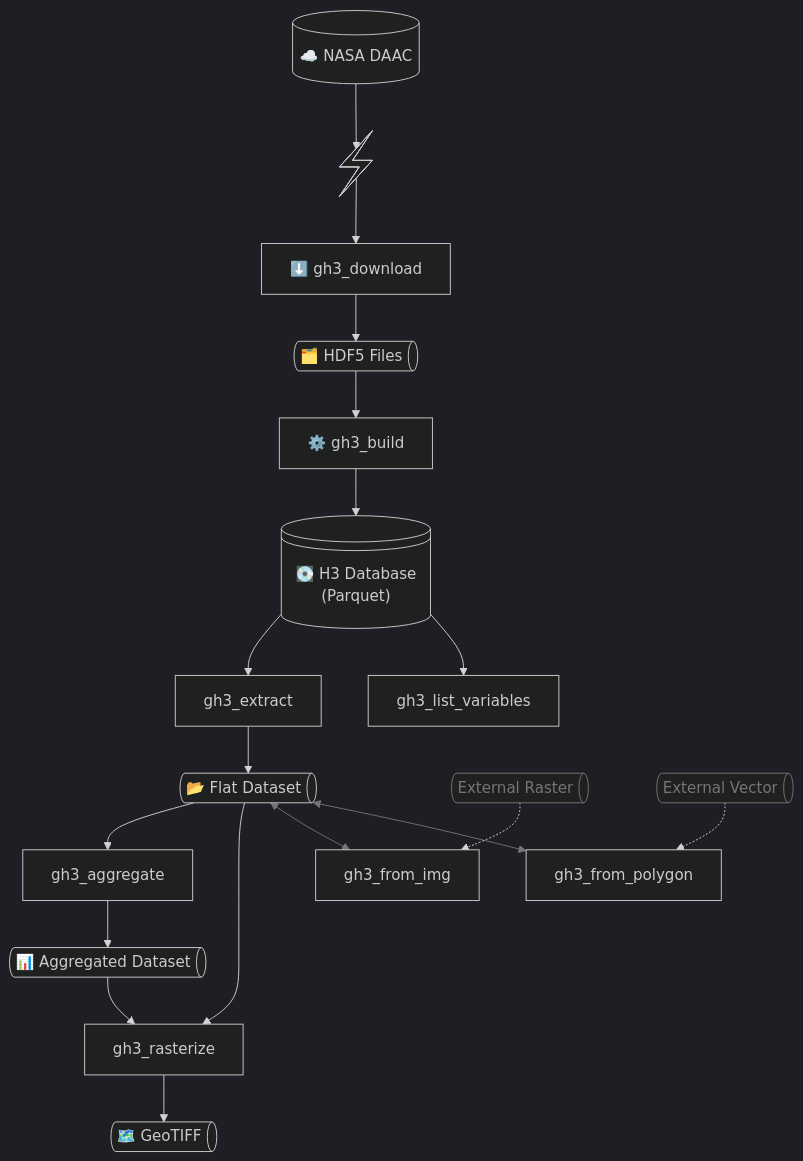
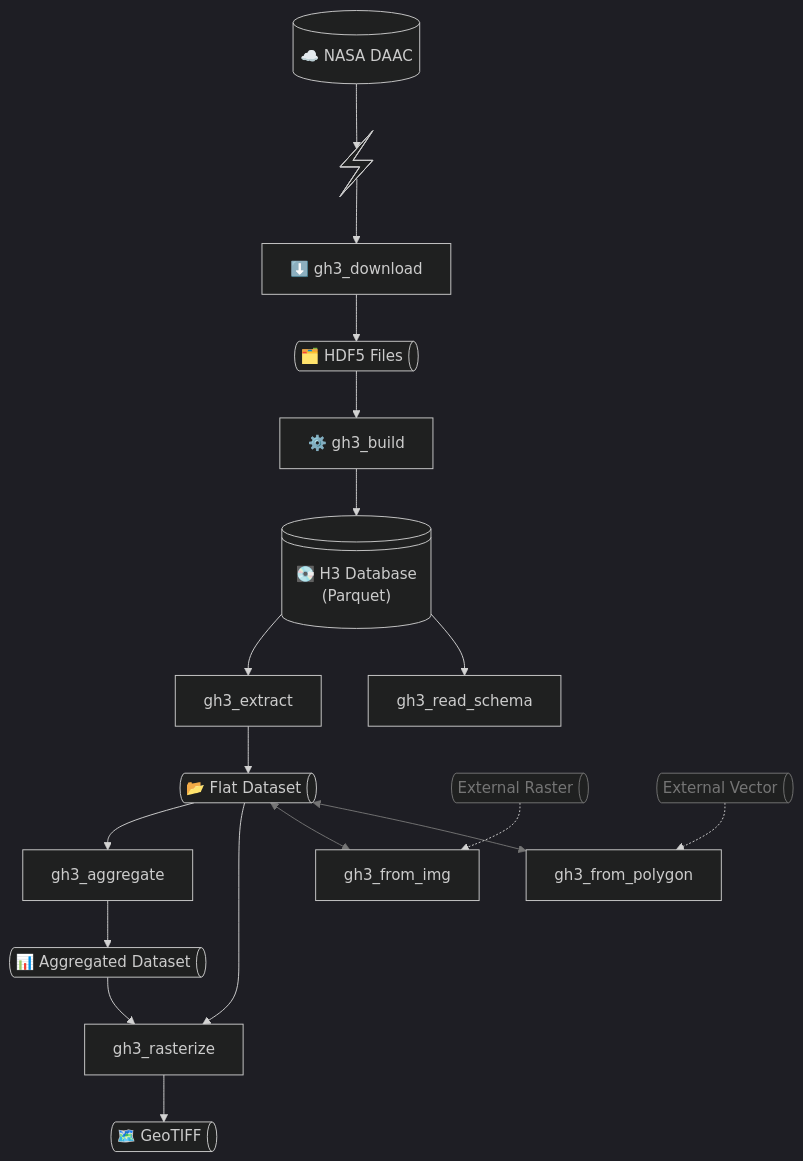
The diagram in README.md (tiagodc/GEDI-H3), drawn with Mermaid before and after one commit. The commit also changed other lines of this file and 9 other files, not shown here.

````diff
--- a/README.md
+++ b/README.md
@@ -216,36 +215,36 @@
 ```mermaid
 ---
 config:
   theme: dark
   layout: dagre
 ---
 flowchart TB
     n1["☁️ NASA DAAC"] --> n2["🌐 earthaccess"]
     n2 --> n17["⬇️ gh3_download"]
     n17 --> n4["🗂️ HDF5 Files"]
     n4 --> C["⚙️ gh3_build"]
     C --> n3["💽 H3 Database\n(Parquet)"]
-    n3 --> D["gh3_extract"] & n10["gh3_list_variables"]
+    n3 --> D["gh3_extract"] & n10["gh3_read_schema"]
     D --> SHOTS["📂 Flat Dataset"]
     SHOTS --> n6["gh3_aggregate"] & RAST["gh3_rasterize"]
     n6 --> AGG["📊 Aggregated Dataset"]
     AGG --> RAST
     RAST --> TIF["🗺️ GeoTIFF"]
     SHOTS <--> n8["gh3_from_img"] & n9["gh3_from_polygon"]
     n15["External Raster"] -.-> n8
     n16["External Vector"] -.-> n9
     n1@{ shape: db}
     n2@{ shape: com-link}
     n4@{ shape: das}
     n3@{ shape: disk}
     SHOTS@{ shape: das}
     AGG@{ shape: das}
     TIF@{ shape: das}
     n15@{ shape: das}
     n16@{ shape: das}
     n15:::fade
     n16:::fade
     classDef fade stroke:#757575,color:#757575
     linkStyle 13 stroke:#757575,fill:none
     linkStyle 14 stroke:#757575,fill:none
 ```
````
